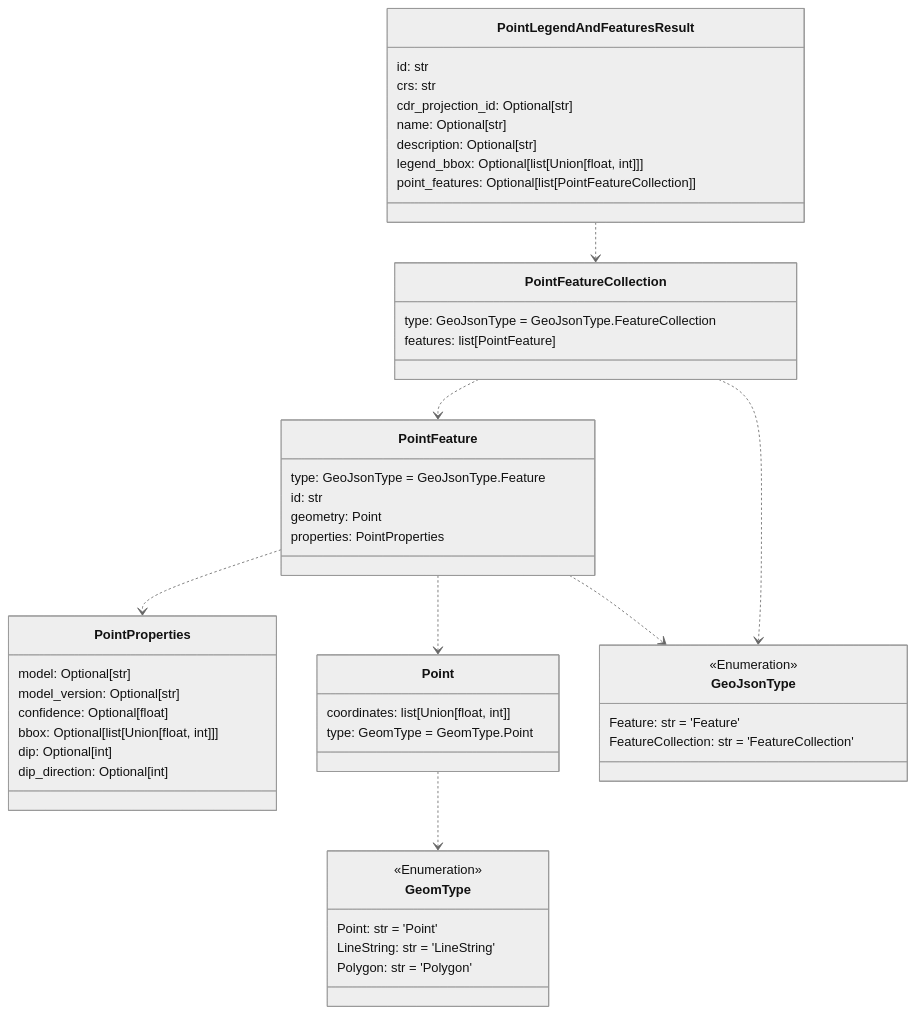
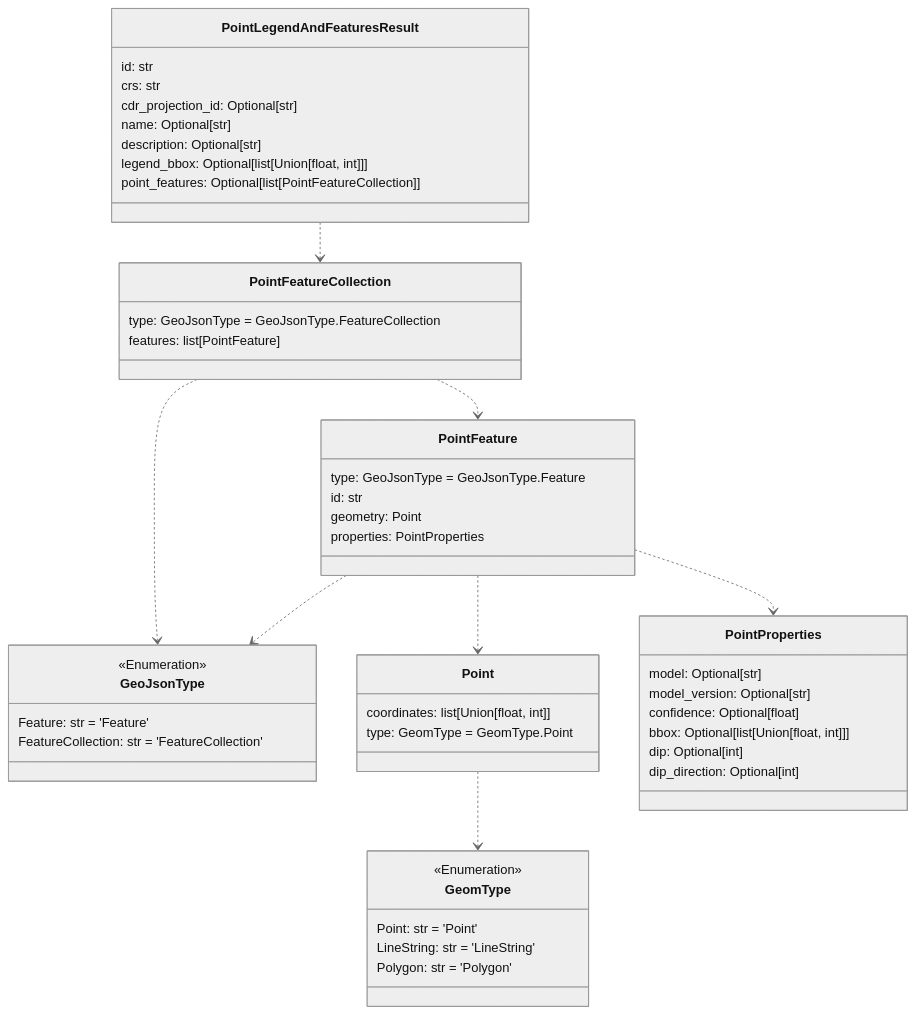
The fifth of 12 diagrams in README.md (DARPA-CRITICALMAAS/cdr_schemas), drawn with Mermaid (neutral theme) before and after one commit. The commit also changed other lines of this file, not shown here.

````diff
--- a/README.md
+++ b/README.md
@@ -341,62 +341,62 @@
 ```mermaid
 classDiagram
+
+    class GeomType {
+        <<Enumeration>>
+        Point: str = 'Point'
+        LineString: str = 'LineString'
+        Polygon: str = 'Polygon'
+    }
+
+    class PointProperties {
+        model: Optional[str]
+        model_version: Optional[str]
+        confidence: Optional[float]
+        bbox: Optional[list[Union[float, int]]]
+        dip: Optional[int]
+        dip_direction: Optional[int]
+    }
+
+    class PointFeatureCollection {
+        type: GeoJsonType = GeoJsonType.FeatureCollection
+        features: list[PointFeature]
+    }
+
+    class GeoJsonType {
+        <<Enumeration>>
+        Feature: str = 'Feature'
+        FeatureCollection: str = 'FeatureCollection'
+    }
+
+    class PointFeature {
+        type: GeoJsonType = GeoJsonType.Feature
+        id: str
+        geometry: Point
+        properties: PointProperties
+    }
+
+    class Point {
+        coordinates: list[Union[float, int]]
+        type: GeomType = GeomType.Point
+    }
 
     class PointLegendAndFeaturesResult {
         id: str
         crs: str
         cdr_projection_id: Optional[str]
         name: Optional[str]
         description: Optional[str]
         legend_bbox: Optional[list[Union[float, int]]]
         point_features: Optional[list[PointFeatureCollection]]
     }
 
-    class Point {
-        coordinates: list[Union[float, int]]
-        type: GeomType = GeomType.Point
-    }
-
-    class GeoJsonType {
-        <<Enumeration>>
-        Feature: str = 'Feature'
-        FeatureCollection: str = 'FeatureCollection'
-    }
-
-    class PointProperties {
-        model: Optional[str]
-        model_version: Optional[str]
-        confidence: Optional[float]
-        bbox: Optional[list[Union[float, int]]]
-        dip: Optional[int]
-        dip_direction: Optional[int]
-    }
-
-    class PointFeature {
-        type: GeoJsonType = GeoJsonType.Feature
-        id: str
-        geometry: Point
-        properties: PointProperties
-    }
-
-    class GeomType {
-        <<Enumeration>>
-        Point: str = 'Point'
-        LineString: str = 'LineString'
-        Polygon: str = 'Polygon'
-    }
-
-    class PointFeatureCollection {
-        type: GeoJsonType = GeoJsonType.FeatureCollection
-        features: list[PointFeature]
-    }
-
     Point ..> GeomType
+    PointFeature ..> GeoJsonType
+    PointFeature ..> Point
     PointFeature ..> PointProperties
-    PointFeature ..> Point
-    PointFeature ..> GeoJsonType
+    PointFeatureCollection ..> GeoJsonType
     PointFeatureCollection ..> PointFeature
-    PointFeatureCollection ..> GeoJsonType
     PointLegendAndFeaturesResult ..> PointFeatureCollection
 
 
 ```
````
